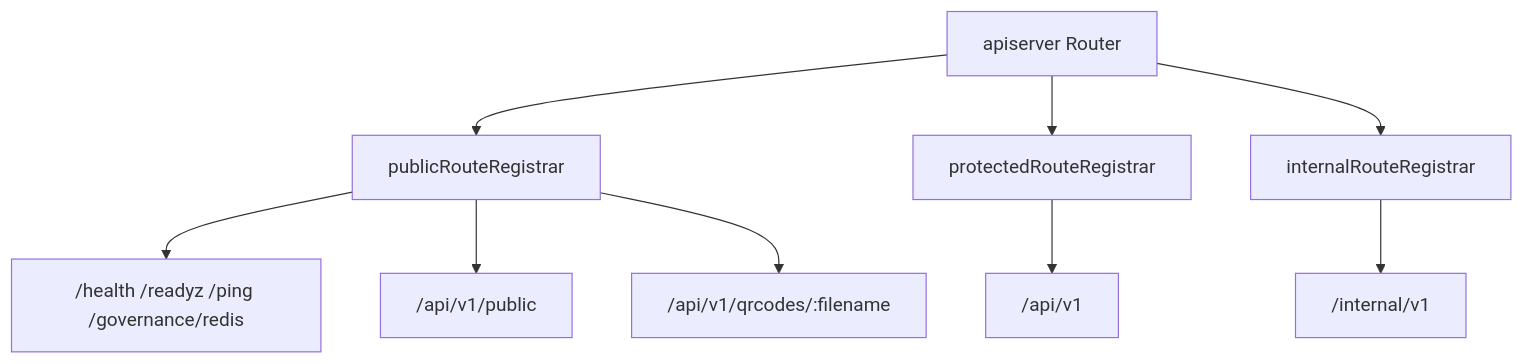
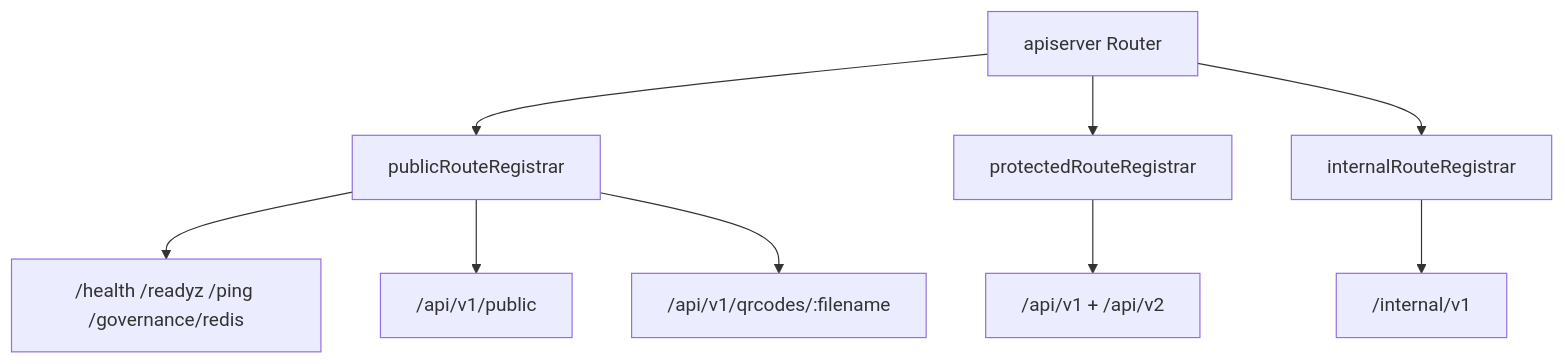
One commit to FangcunMount/qs-server changed the diagram in docs/04-接口与运维/01-apiserver-REST.md. Above: the diagram before and after it, drawn with Mermaid. The commit also changed other lines of this file and 45 other files, not shown here.

````diff
--- a/docs/04-接口与运维/01-apiserver-REST.md
+++ b/docs/04-接口与运维/01-apiserver-REST.md
@@ -24,19 +24,19 @@
 ```mermaid
 flowchart TB
     Router["apiserver Router"]
 
     Public["publicRouteRegistrar"]
     Protected["protectedRouteRegistrar"]
     Internal["internalRouteRegistrar"]
 
     Router --> Public
     Router --> Protected
     Router --> Internal
 
     Public --> health["/health /readyz /ping /governance/redis"]
     Public --> pubapi["/api/v1/public"]
     Public --> qrcode["/api/v1/qrcodes/:filename"]
 
-    Protected --> api["/api/v1"]
+    Protected --> api["/api/v1 + /api/v2"]
     Internal --> internal["/internal/v1"]
 ```
````
